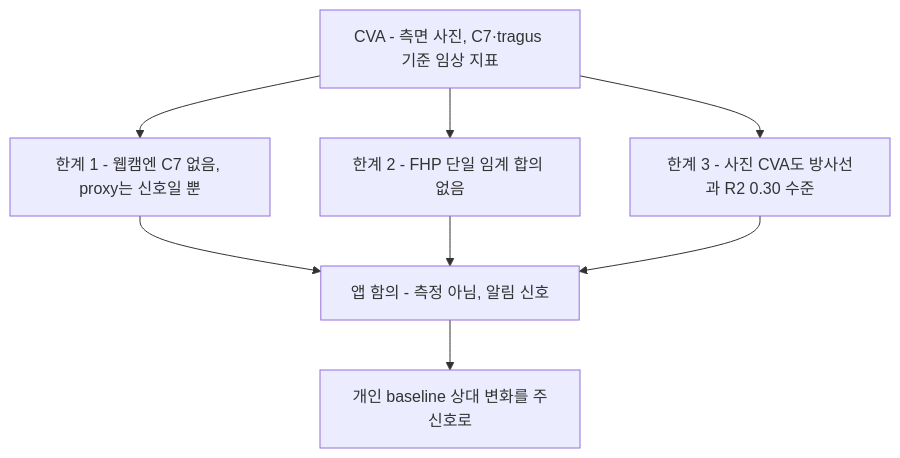
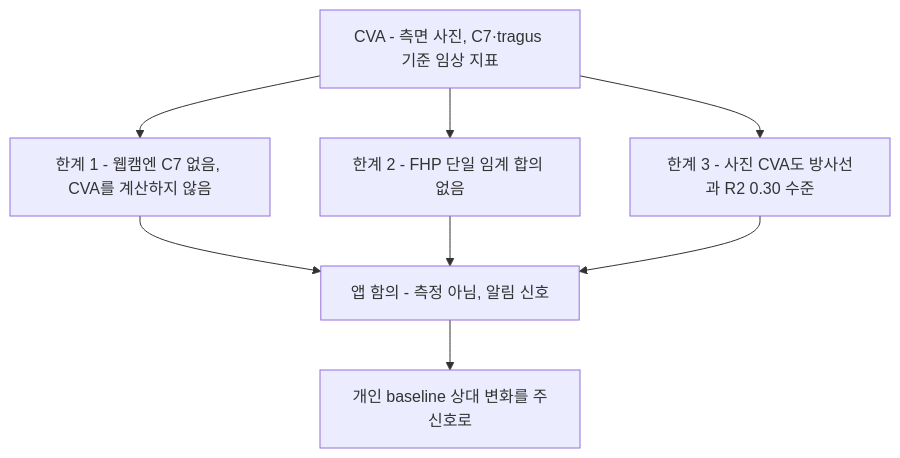
The diagram in docs/algorithm/pose-estimation/related-cva-metrics.md (kimchanhyung98/turtlemeck), drawn with Mermaid before and after one commit. The commit also changed other lines of this file and 11 other files, not shown here.

````diff
--- a/docs/algorithm/pose-estimation/related-cva-metrics.md
+++ b/docs/algorithm/pose-estimation/related-cva-metrics.md
@@ -16,11 +16,11 @@
 ```mermaid
 flowchart TD
     C["CVA - 측면 사진, C7·tragus 기준 임상 지표"]
-    C --> L1["한계 1 - 웹캠엔 C7 없음, proxy는 신호일 뿐"]
+    C --> L1["한계 1 - 웹캠엔 C7 없음, CVA를 계산하지 않음"]
     C --> L2["한계 2 - FHP 단일 임계 합의 없음"]
     C --> L3["한계 3 - 사진 CVA도 방사선과 R2 0.30 수준"]
     L1 --> A["앱 함의 - 측정 아님, 알림 신호"]
     L2 --> A
     L3 --> A
     A --> B["개인 baseline 상대 변화를 주신호로"]
 ```
````
